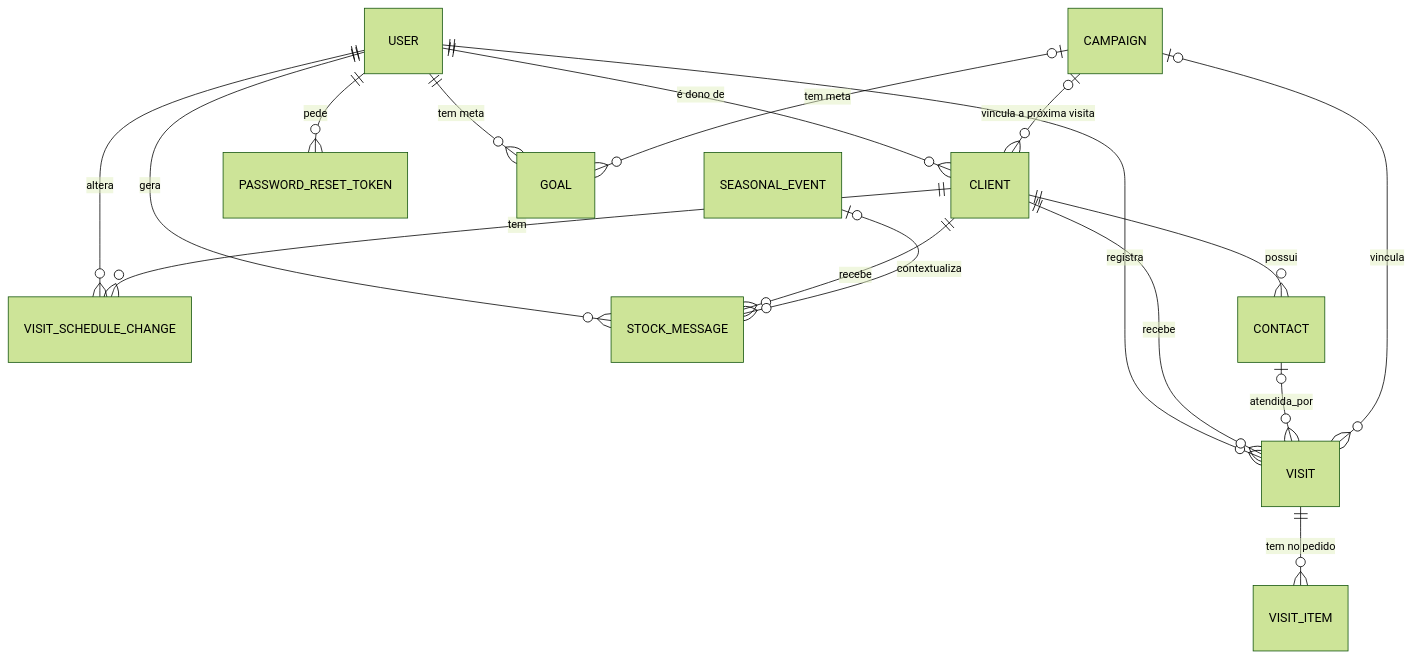
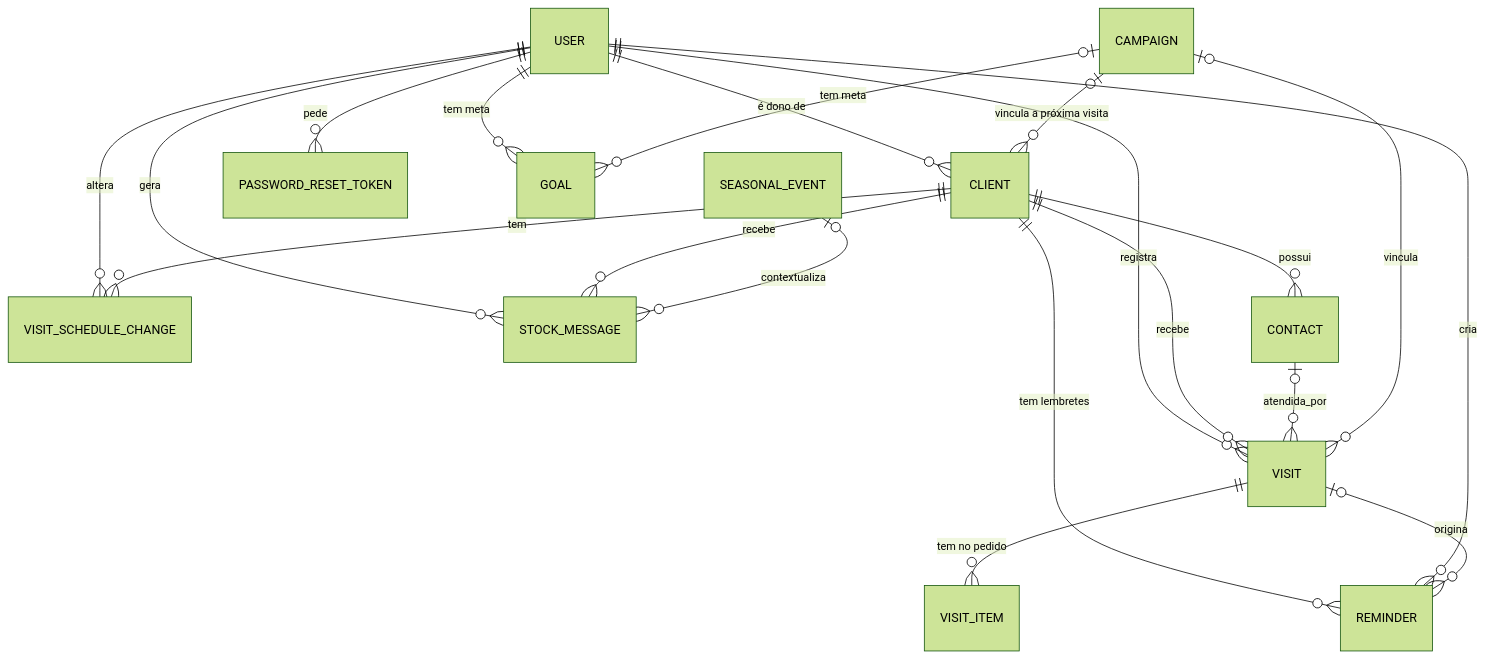
The diagram in docs/modelo-de-dados.md (dudapetzinger/CHOKOCRM), drawn with Mermaid (forest theme) before and after one commit. The commit also changed other lines of this file and 5 other files, not shown here.

````diff
--- a/docs/modelo-de-dados.md
+++ b/docs/modelo-de-dados.md
@@ -16,19 +16,22 @@
 ```mermaid
 erDiagram
   USER ||--o{ VISIT : registra
   USER ||--o{ VISIT_SCHEDULE_CHANGE : altera
   USER ||--o{ STOCK_MESSAGE : gera
   USER ||--o{ CLIENT : "é dono de"
   CLIENT ||--o{ CONTACT : possui
   CLIENT ||--o{ VISIT : recebe
   CLIENT ||--o{ VISIT_SCHEDULE_CHANGE : tem
   CLIENT ||--o{ STOCK_MESSAGE : recebe
   CONTACT |o--o{ VISIT : atendida_por
   SEASONAL_EVENT |o--o{ STOCK_MESSAGE : contextualiza
   USER ||--o{ PASSWORD_RESET_TOKEN : pede
   VISIT ||--o{ VISIT_ITEM : "tem no pedido"
   CAMPAIGN |o--o{ VISIT : vincula
   CAMPAIGN |o--o{ CLIENT : "vincula a próxima visita"
   USER ||--o{ GOAL : "tem meta"
   CAMPAIGN |o--o{ GOAL : "tem meta"
+  CLIENT ||--o{ REMINDER : "tem lembretes"
+  USER ||--o{ REMINDER : cria
+  VISIT |o--o{ REMINDER : origina
 ```
````
